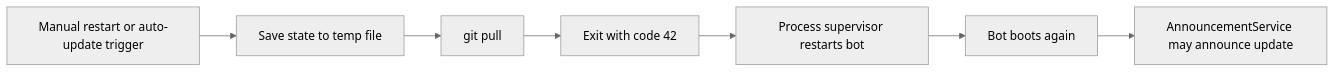
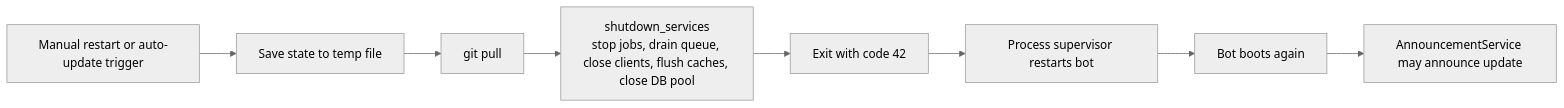
The diagram in docs/auto-update.md (jobeus/cmwgpt), drawn with Mermaid (neutral theme) before and after one commit. The commit also changed other lines of this file and 149 other files, not shown here.

````diff
--- a/docs/auto-update.md
+++ b/docs/auto-update.md
@@ -30,9 +30,10 @@
 ```mermaid
 flowchart LR
     Trigger[Manual restart or auto-update trigger] --> Save[Save state to temp file]
     Save --> Pull[git pull]
-    Pull --> Exit[Exit with code 42]
+    Pull --> Shutdown[shutdown_services<br/>stop jobs, drain queue, close clients, flush caches, close DB pool]
+    Shutdown --> Exit[Exit with code 42]
     Exit --> Supervisor[Process supervisor restarts bot]
     Supervisor --> Boot[Bot boots again]
     Boot --> Announce[AnnouncementService may announce update]
 ```
````
